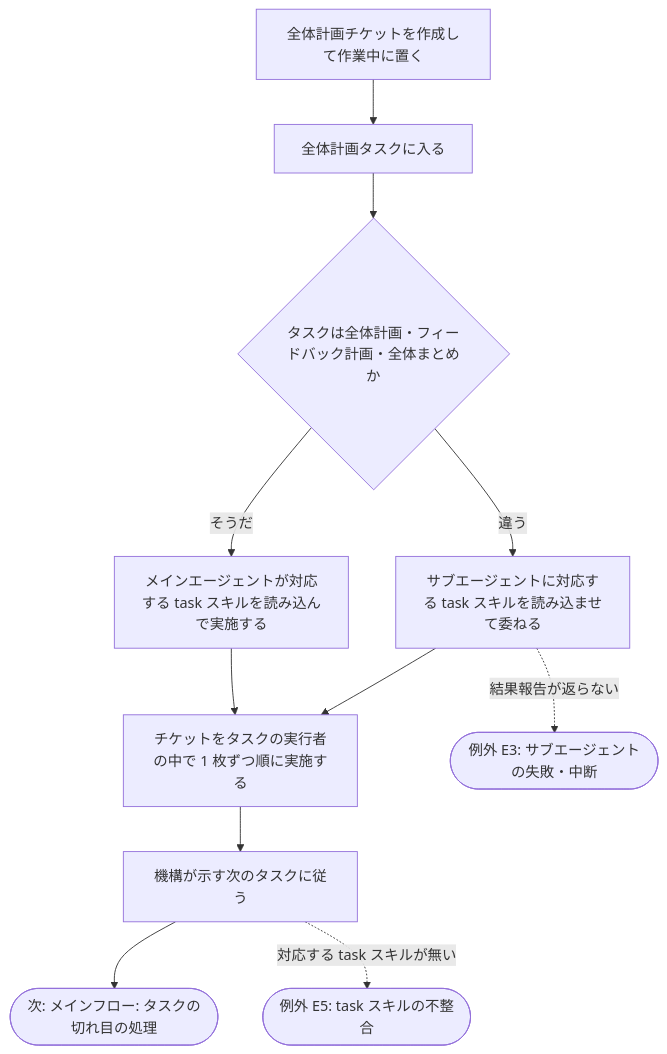
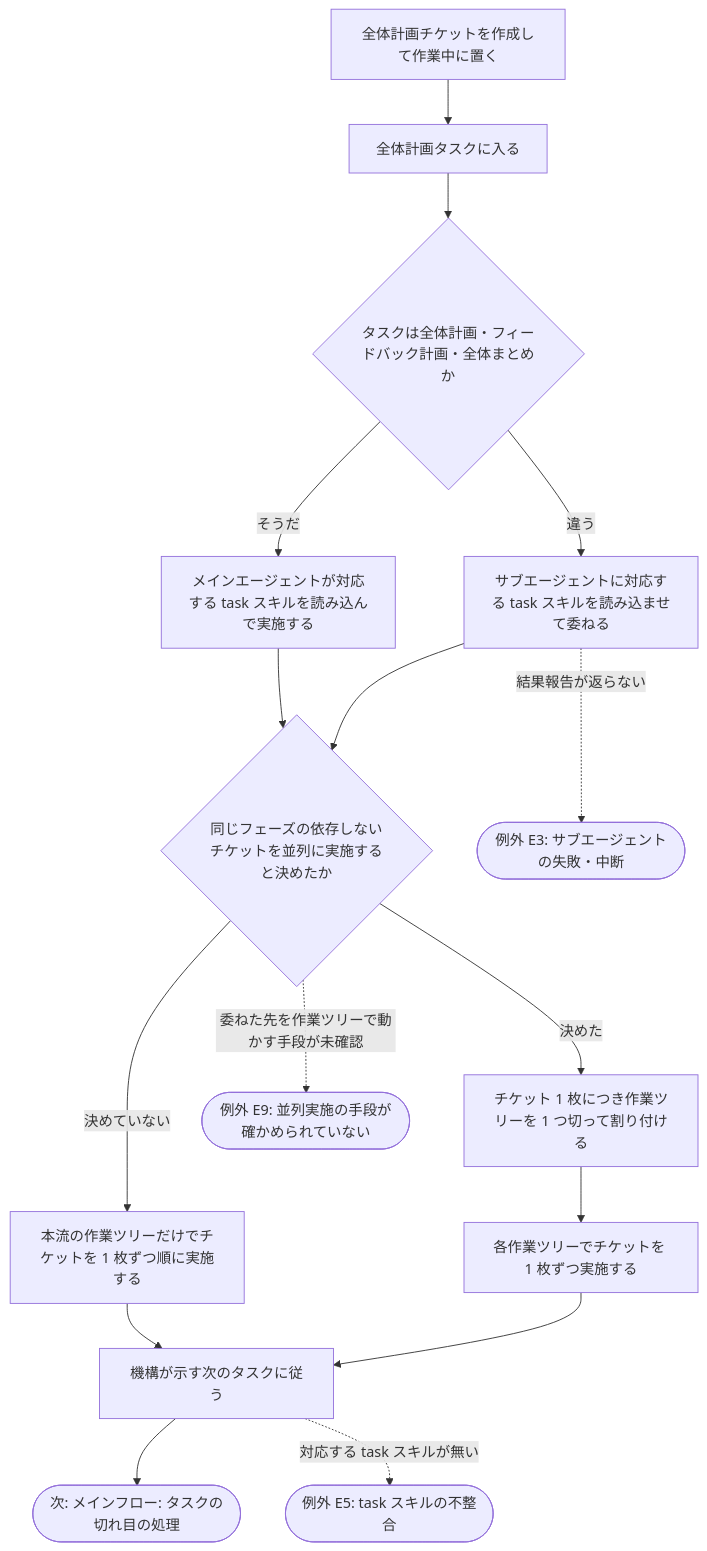
One commit to yuki-matsu783/issue-mr-ticket-workflow changed the first of 3 diagrams in .claude/docs/00_requirement/skills/00-workflow-issue-mr-driven.md. Above: the diagram before and after it, drawn with Mermaid. The commit also changed other lines of this file and 84 other files, not shown here.

````diff
--- a/.claude/docs/00_requirement/skills/00-workflow-issue-mr-driven.md
+++ b/.claude/docs/00_requirement/skills/00-workflow-issue-mr-driven.md
@@ -48,17 +50,23 @@
 ```mermaid
 flowchart TD
   M1[全体計画チケットを作成して作業中に置く]
   M1 --> M2[全体計画タスクに入る]
   M2 --> M3{タスクは全体計画・フィードバック計画・全体まとめか}
   M3 -->|そうだ| M4[メインエージェントが対応する task スキルを読み込んで実施する]
   M3 -->|違う| M5[サブエージェントに対応する task スキルを読み込ませて委ねる]
-  M4 --> M6[チケットをタスクの実行者の中で 1 枚ずつ順に実施する]
+  M4 --> M6{同じフェーズの依存しないチケットを並列に実施すると決めたか}
   M5 --> M6
-  M6 --> M7[機構が示す次のタスクに従う]
-  M7 --> N1
-  M7 -.->|対応する task スキルが無い| E5
+  M6 -->|決めていない| M7[本流の作業ツリーだけでチケットを 1 枚ずつ順に実施する]
+  M6 -->|決めた| M8[チケット 1 枚につき作業ツリーを 1 つ切って割り付ける]
+  M8 --> M9[各作業ツリーでチケットを 1 枚ずつ実施する]
+  M7 --> M10[機構が示す次のタスクに従う]
+  M9 --> M10
+  M10 --> N1
+  M10 -.->|対応する task スキルが無い| E5
   M5 -.->|結果報告が返らない| E3
+  M6 -.->|委ねた先を作業ツリーで動かす手段が未確認| E9
   N1([次: メインフロー: タスクの切れ目の処理])
   E3([例外 E3: サブエージェントの失敗・中断])
   E5([例外 E5: task スキルの不整合])
+  E9([例外 E9: 並列実施の手段が確かめられていない])
 ```
````
